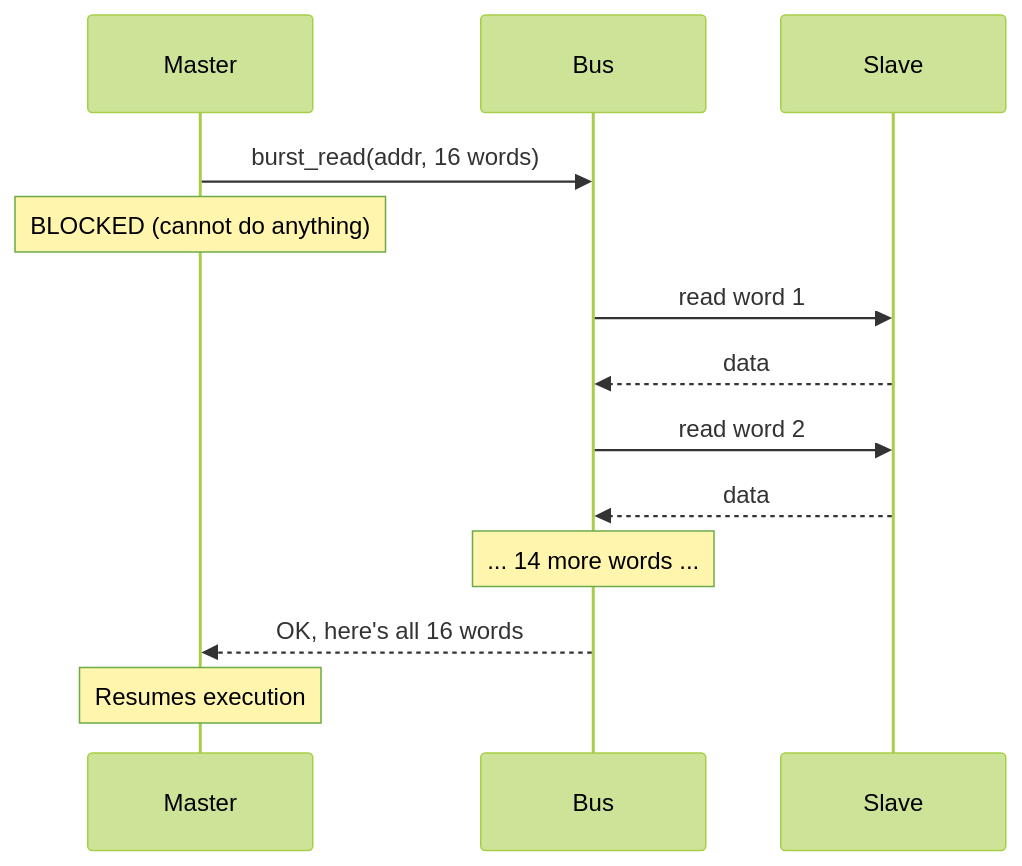
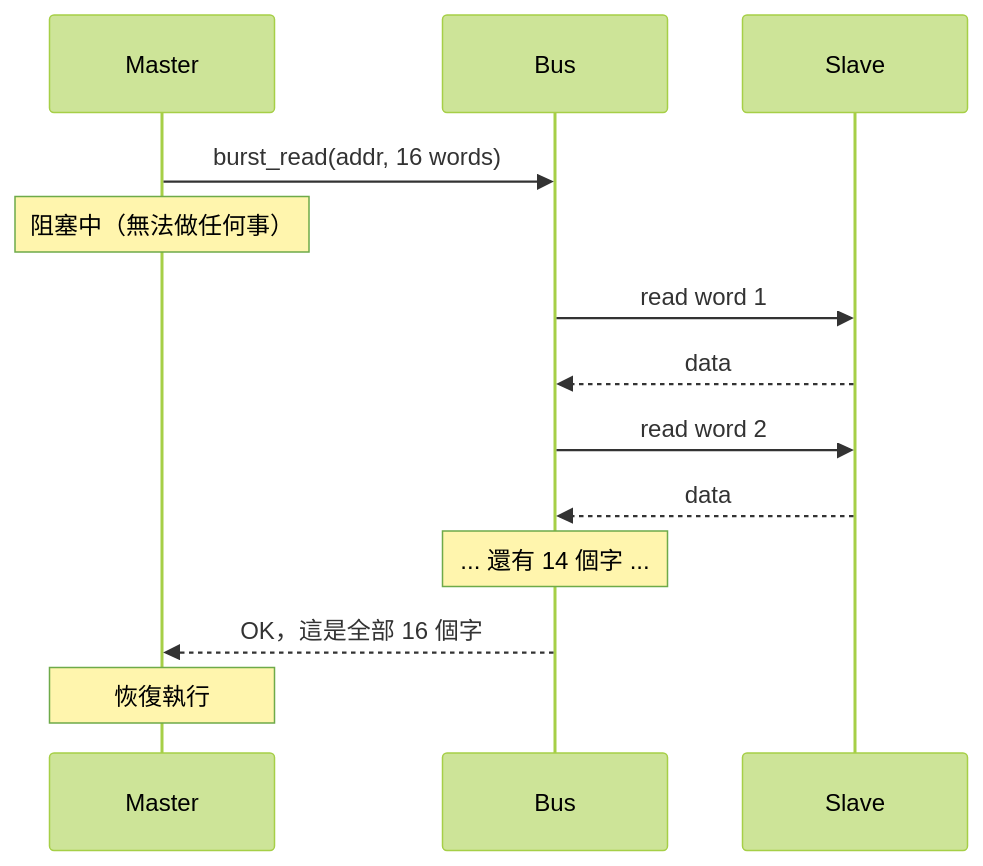
One commit to abc1199281lab-cmd/systemc_notes changed the fourth of 8 diagrams in doc_v2/examples/code/sysc/simple_bus/spec.md. Above: the diagram before and after it, drawn with Mermaid (forest theme). The commit also changed other lines of this file and 8 other files, not shown here.

````diff
--- a/doc_v2/examples/code/sysc/simple_bus/spec.md
+++ b/doc_v2/examples/code/sysc/simple_bus/spec.md
@@ -113,16 +113,16 @@
 ```mermaid
 sequenceDiagram
     participant M as Master
     participant B as Bus
     participant S as Slave
 
     M->>B: burst_read(addr, 16 words)
-    Note over M: BLOCKED (cannot do anything)
+    Note over M: 阻塞中（無法做任何事）
     B->>S: read word 1
     S-->>B: data
     B->>S: read word 2
     S-->>B: data
-    Note over B: ... 14 more words ...
-    B-->>M: OK, here's all 16 words
-    Note over M: Resumes execution
+    Note over B: ... 還有 14 個字 ...
+    B-->>M: OK，這是全部 16 個字
+    Note over M: 恢復執行
 ```
````
